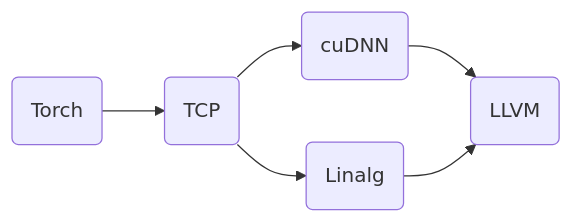
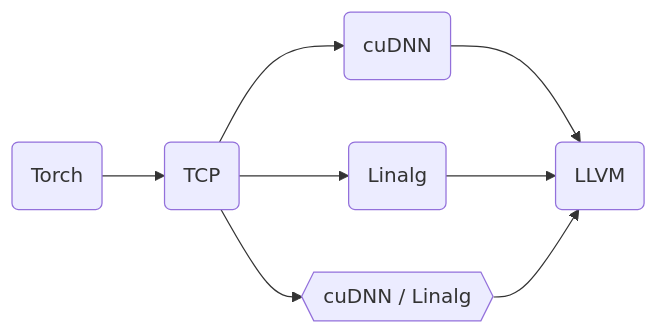
Before and after one commit to jpienaar/mlirbcc: the fourth of 4 diagrams in README.md, drawn with Mermaid.

````diff
--- a/README.md
+++ b/README.md
@@ -95,5 +95,6 @@
 ```mermaid
 flowchart LR
     id1(Torch) --> id2(TCP) --> id3(cuDNN) --> id4(LLVM);
     id2 --> id5(Linalg) --> id4;
+    id2 --> id6{{cuDNN / Linalg}} --> id4;    
 ```
````
